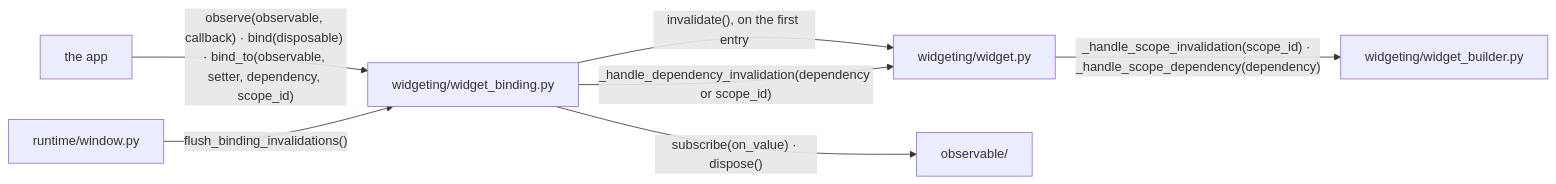
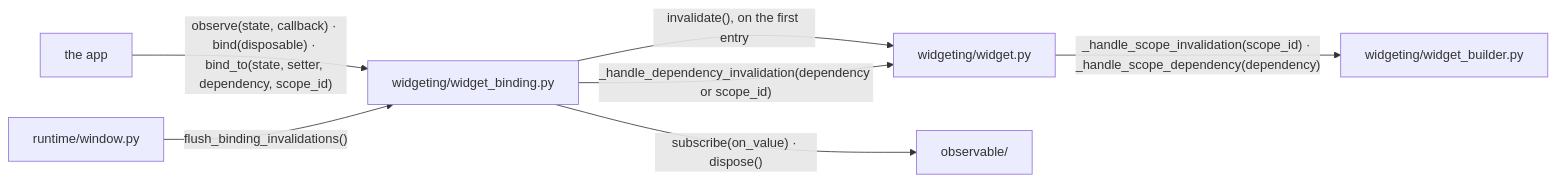
One commit to yuksblog/nuiitivet changed the fifth of 9 diagrams in docs/design/WIDGET_ARCHITECTURE.md. Above: the diagram before and after it, drawn with Mermaid. The commit also changed other lines of this file and 77 other files, not shown here.

````diff
--- a/docs/design/WIDGET_ARCHITECTURE.md
+++ b/docs/design/WIDGET_ARCHITECTURE.md
@@ -152,16 +152,16 @@
 ```mermaid
 flowchart LR
     binding[widgeting/widget_binding.py]
     widget[widgeting/widget.py]
     builder[widgeting/widget_builder.py]
     observable[observable/]
     window[runtime/window.py]
     app[the app]
 
-    app -- "observe(observable, callback) · bind(disposable) · bind_to(observable, setter, dependency, scope_id)" --> binding
+    app -- "observe(state, callback) · bind(disposable) · bind_to(state, setter, dependency, scope_id)" --> binding
     binding -- "subscribe(on_value) · dispose()" --> observable
     binding -- "invalidate(), on the first entry" --> widget
     window -- "flush_binding_invalidations()" --> binding
     binding -- "_handle_dependency_invalidation(dependency or scope_id)" --> widget
     widget -- "_handle_scope_invalidation(scope_id) · _handle_scope_dependency(dependency)" --> builder
 ```
````
